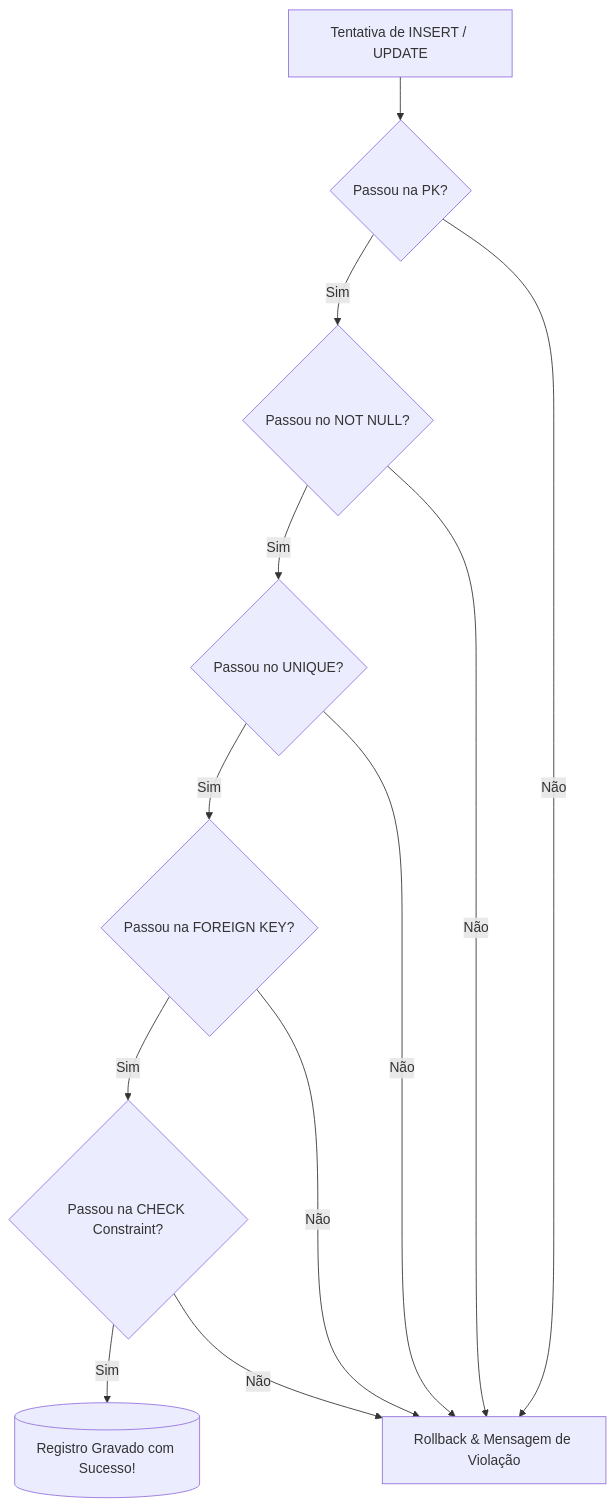
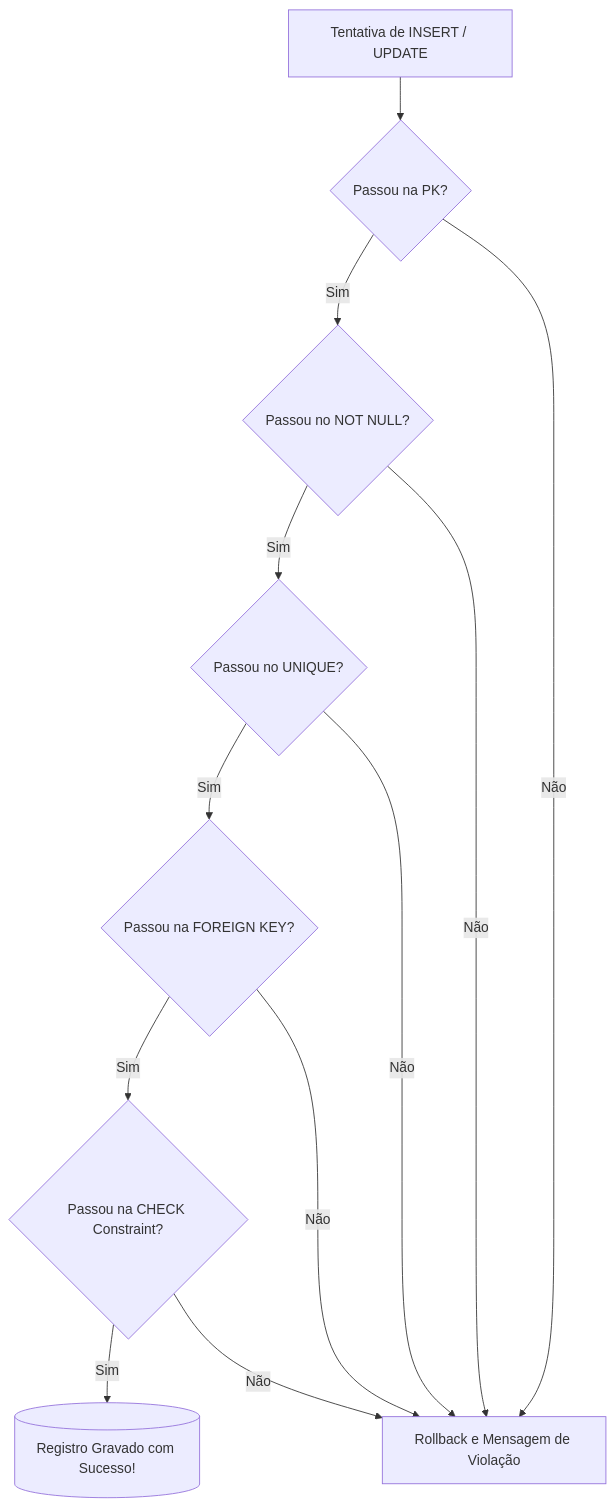
One commit to diogofragoso/postgresql changed the second of 3 diagrams in 02-modelagem-e-ddl/03-ddl-tabelas-e-constraints.md. Above: the diagram before and after it, drawn with Mermaid. The commit also changed 28 other files, not shown here.

````diff
--- a/02-modelagem-e-ddl/03-ddl-tabelas-e-constraints.md
+++ b/02-modelagem-e-ddl/03-ddl-tabelas-e-constraints.md
@@ -55,15 +55,15 @@
 ```mermaid
 flowchart TD
     Req[Tentativa de INSERT / UPDATE] --> C_PK{Passou na PK?}
     C_PK -- Sim --> C_NN{Passou no NOT NULL?}
     C_NN -- Sim --> C_UQ{Passou no UNIQUE?}
     C_UQ -- Sim --> C_FK{Passou na FOREIGN KEY?}
     C_FK -- Sim --> C_CK{Passou na CHECK Constraint?}
     C_CK -- Sim --> OK[(Registro Gravado com Sucesso!)]
 
-    C_PK -- Não --> Err[Rollback & Mensagem de Violação]
+    C_PK -- Não --> Err[Rollback e Mensagem de Violação]
     C_NN -- Não --> Err
     C_UQ -- Não --> Err
     C_FK -- Não --> Err
     C_CK -- Não --> Err
 ```
````
